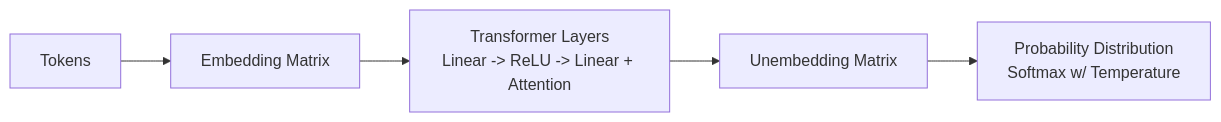
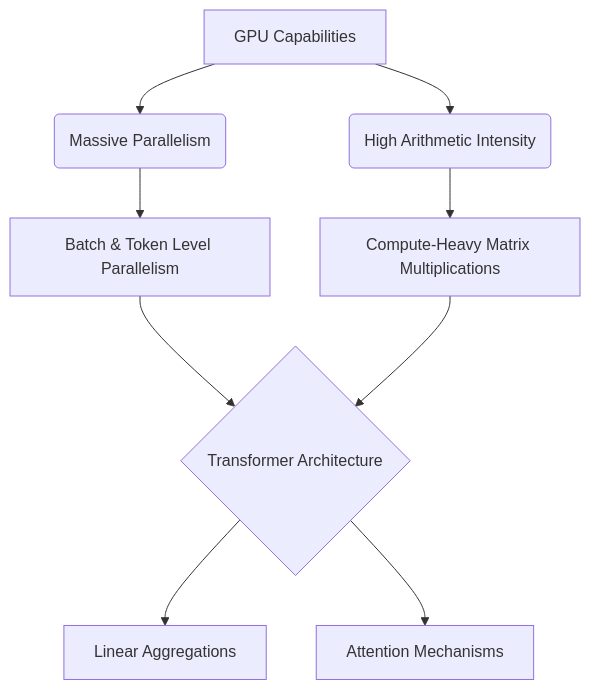
The fourth of 12 diagrams in AI Safety/CS2281.md (aryansi225/Learning_ai), drawn with Mermaid before and after one commit. The commit also changed other lines of this file, not shown here.

````diff
--- a/AI Safety/CS2281.md
+++ b/AI Safety/CS2281.md
@@ -101,7 +90,11 @@
 ```mermaid
-graph LR
-    A[Tokens] --> B[Embedding Matrix]
-    B --> C[Transformer Layers<br>Linear -> ReLU -> Linear + Attention]
-    C --> D[Unembedding Matrix]
-    D --> E[Probability Distribution<br>Softmax w/ Temperature]
+graph TD
+    A[GPU Capabilities] --> B(Massive Parallelism)
+    A --> C(High Arithmetic Intensity)
+    B --> D[Batch & Token Level Parallelism]
+    C --> E[Compute-Heavy Matrix Multiplications]
+    D --> F{Transformer Architecture}
+    E --> F
+    F --> G[Linear Aggregations]
+    F --> H[Attention Mechanisms]
 ```
````
